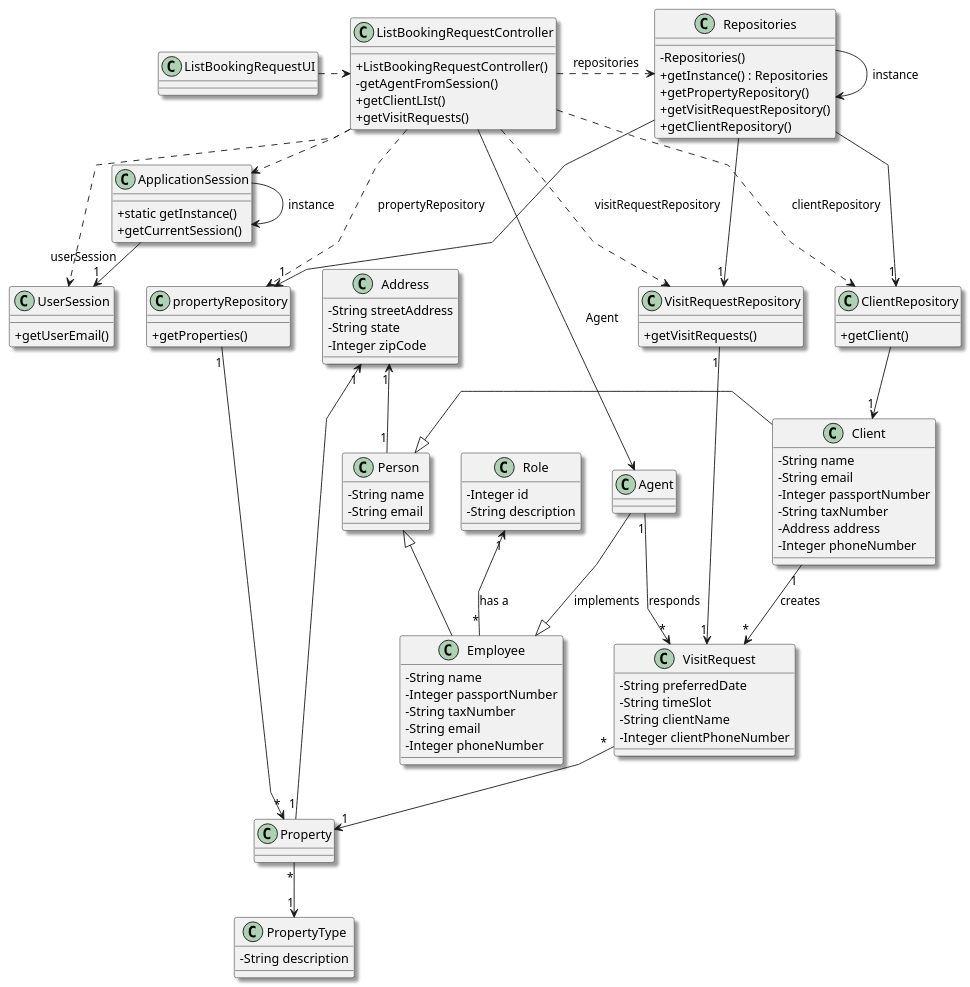
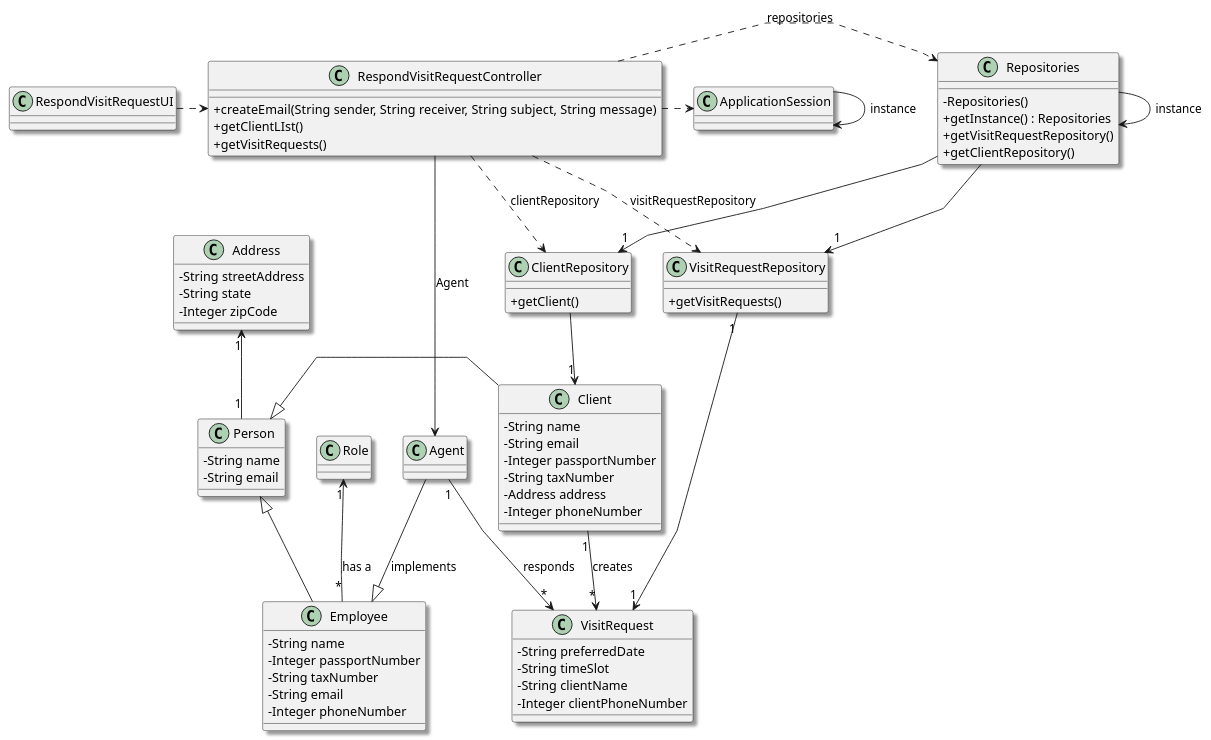
Before and after one commit to Shushizinho/RealEstateUSASystem: the diagram in docs/sprintD/us016/03.design/puml/us016-class-diagram.puml, drawn with PlantUML. The commit also changed 15 other files, not shown here.

Commit message:
update US16 UI, SD and Controller (As an agent, when viewing a booking request, I want to respond to the user that scheduled the visit.)

```diff
--- a/docs/sprintD/us016/03.design/puml/us016-class-diagram.puml
+++ b/docs/sprintD/us016/03.design/puml/us016-class-diagram.puml
@@ -1,146 +1,117 @@
 @startuml
 'skinparam monochrome true
 skinparam packageStyle rectangle
 skinparam shadowing true
 skinparam linetype polyline
 'skinparam linetype orto
 
 skinparam classAttributeIconSize 0
 
-'left to right direction
 
-class ApplicationSession
-{
-    + static getInstance()
-    + getCurrentSession()
-}
-
-class UserSession
-{
-    + getUserEmail()
-}
 
 class Client {
     - String name
     - String email
     - Integer passportNumber
     - String taxNumber
     - Address address
     - Integer phoneNumber
 }
 
 class Address{
      - String streetAddress
      - String state
      - Integer zipCode
 }
 
 
 class Employee{
     - String name
     - Integer passportNumber
     - String taxNumber
     - String email
     - Integer phoneNumber
 }
 
 class Repositories {
     - Repositories()
     + getInstance() : Repositories
-    + getPropertyRepository()
     + getVisitRequestRepository()
-    +getClientRepository()
+    + getClientRepository()
 }
-class propertyRepository{
-    +getProperties()
-}
+
 
 class ClientRepository{
 '    - ArrayList<Client> clients
 '    + getClientName()
 '    + getClientPhoneNumber()
     + getClient()
 }
 
 class VisitRequestRepository{
 '    - ArrayList <VisitRequest> visitRequest
     + getVisitRequests()
 }
 
 class VisitRequest{
 '    - Property property
     - String preferredDate
     - String timeSlot
     - String clientName
     - Integer clientPhoneNumber
 }
 
 
-class Property {
-}
 
 
-class Agent {
 
-}
+
 
 class Person{
     - String name
 '    - Integer passportNumber
 '    - String taxNumber
     - String email
 '    - Long phoneNumber
 }
 
 
-class ListBookingRequestController {
-    + ListBookingRequestController()
-    - getAgentFromSession()
+class RespondVisitRequestController {
+
+    + createEmail(String sender, String receiver, String subject, String message)
     + getClientLIst()
     + getVisitRequests()
 
 }
 
-class PropertyType{
--String description
-}
-
-class Role {
--Integer id
--String description
-}
 
 
-class ListBookingRequestUI {
+class RespondVisitRequestUI {
 }
 
 ApplicationSession -> ApplicationSession : instance
-ListBookingRequestUI .> ListBookingRequestController
-ApplicationSession -> "1" UserSession : userSession
-ListBookingRequestController .> ApplicationSession
-ListBookingRequestController ..> UserSession
-ListBookingRequestController .> Repositories : repositories
+RespondVisitRequestUI .> RespondVisitRequestController
+
+RespondVisitRequestController .> ApplicationSession
+
+RespondVisitRequestController .> Repositories : repositories
 Repositories -> Repositories : instance
-ListBookingRequestController -> Agent : Agent
+RespondVisitRequestController -> Agent : Agent
 Agent --|> Employee : implements
 Address "1" <-- "1"  Person
-Address "1" <- "1" Property
-Repositories -> "1" propertyRepository
-propertyRepository "1"-->"*" Property
-ListBookingRequestController ..> propertyRepository : propertyRepository
-ListBookingRequestController ..> VisitRequestRepository : visitRequestRepository
-ListBookingRequestController ..> ClientRepository : clientRepository
+RespondVisitRequestController ..> VisitRequestRepository : visitRequestRepository
+RespondVisitRequestController ..> ClientRepository : clientRepository
 Repositories --> "1" ClientRepository
 ClientRepository --> "1" Client
 VisitRequestRepository "1" -> "1" VisitRequest
 Repositories --> "1" VisitRequestRepository
 Client "1" --> "*" VisitRequest : creates
 Agent "1" -> "*" VisitRequest : responds
-VisitRequest "*" --> "1" Property
+
 Role"1" <-- "*"Employee : has a
-Property"*" --> "1"PropertyType
+
 Person <|- Client
 Person <|-- Employee
 
 
 @enduml
```
